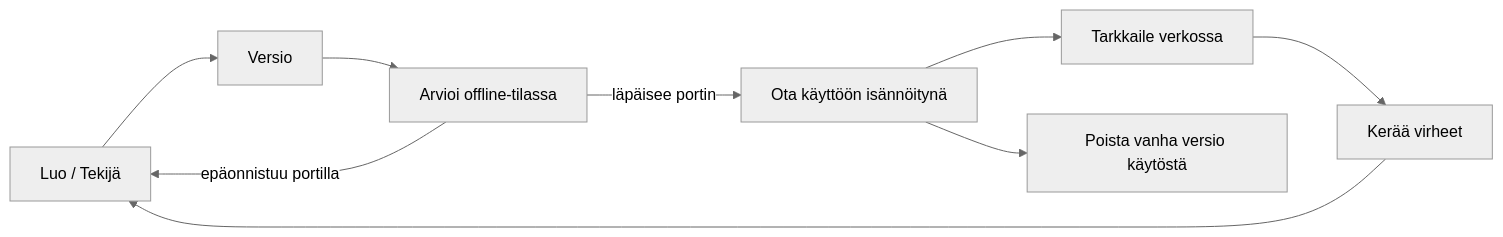
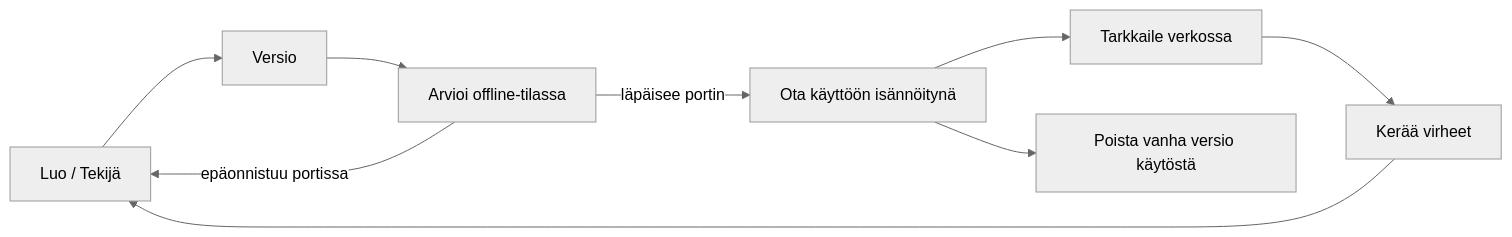
The second of 4 diagrams in mirrors/repos/microsoft@ai-agents-for-beginners/translations/fi/16-deploying-scalable-agents/README.md (gabrielmoreira/agent-skills-mirror), drawn with Mermaid (neutral theme) before and after one commit. The commit also changed other lines of this file and 3581 other files, not shown here.

````diff
--- a/mirrors/repos/microsoft@ai-agents-for-beginners/translations/fi/16-deploying-scalable-agents/README.md
+++ b/mirrors/repos/microsoft@ai-agents-for-beginners/translations/fi/16-deploying-scalable-agents/README.md
@@ -108,11 +108,11 @@
 ```mermaid
 flowchart LR
     Create[Luo / Tekijä] --> Version[Versio]
     Version --> Evaluate[Arvioi offline-tilassa]
     Evaluate -->|läpäisee portin| Deploy[Ota käyttöön isännöitynä]
-    Evaluate -->|epäonnistuu portilla| Create
+    Evaluate -->|epäonnistuu portissa| Create
     Deploy --> Observe[Tarkkaile verkossa]
     Observe --> Improve[Kerää virheet]
     Improve --> Create
     Deploy --> Retire[Poista vanha versio käytöstä]
 ```
````
